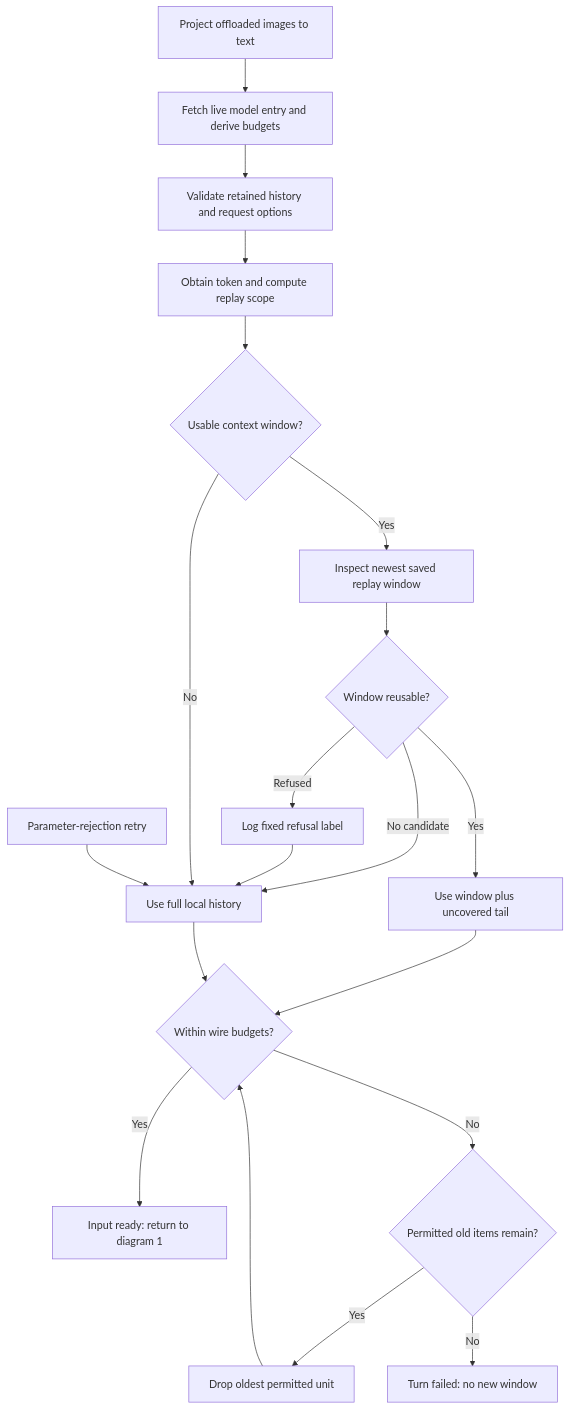
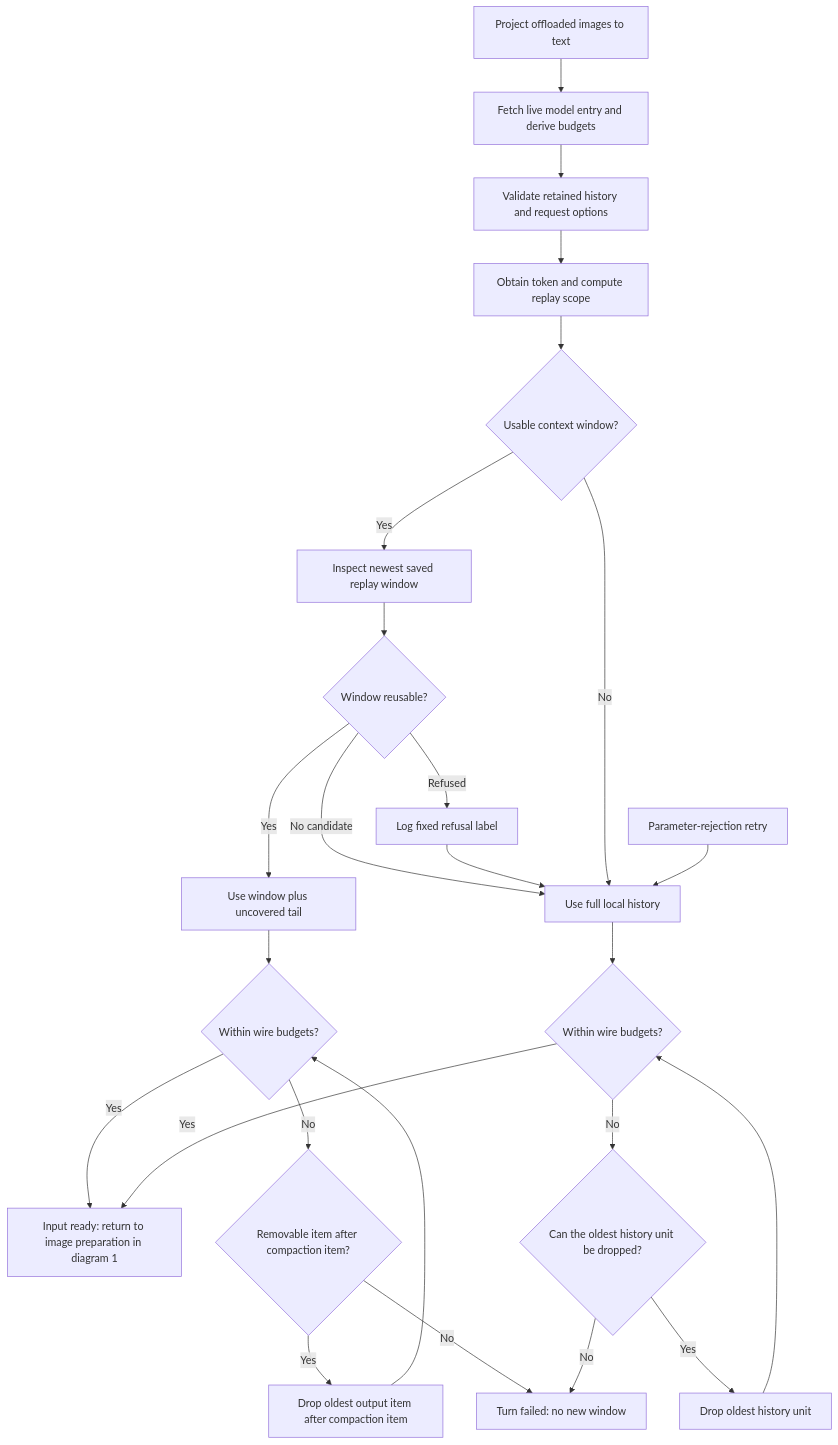
Before and after one commit to sakusaku-rich/dsh-codex-subscription-bridge: the second of 3 diagrams in docs/COMPACTION.md, drawn with Mermaid. The commit also changed other lines of this file, not shown here.

Commit message:
docs: distinguish replay and full-history trimming flows

````diff
--- a/docs/COMPACTION.md
+++ b/docs/COMPACTION.md
@@ -62,22 +63,27 @@
 ```mermaid
 flowchart TD
     Start["Project offloaded images to text"] --> Catalog["Fetch live model entry and derive budgets"]
     Catalog --> Validate["Validate retained history and request options"]
     Validate --> Scope["Obtain token and compute replay scope"]
     Scope --> Usable{"Usable context window?"}
     Usable -->|Yes| Inspect["Inspect newest saved replay window"]
     Inspect --> Reusable{"Window reusable?"}
     Reusable -->|Yes| Replay["Use window plus uncovered tail"]
     Reusable -->|No candidate| Full["Use full local history"]
     Reusable -->|Refused| Warn["Log fixed refusal label"]
     Warn --> Full
     Usable -->|No| Full
     Retry["Parameter-rejection retry"] --> Full
-    Replay --> Fits{"Within wire budgets?"}
-    Full --> Fits
-    Fits -->|Yes| Ready["Input ready: return to diagram 1"]
-    Fits -->|No| Droppable{"Permitted old items remain?"}
-    Droppable -->|Yes| Drop["Drop oldest permitted unit"]
-    Drop --> Fits
-    Droppable -->|No| Failed["Turn failed: no new window"]
+    Replay --> ReplayFits{"Within wire budgets?"}
+    ReplayFits -->|Yes| Ready["Input ready: return to image preparation in diagram 1"]
+    ReplayFits -->|No| ReplayDrop{"Removable item after compaction item?"}
+    ReplayDrop -->|Yes| DropOutput["Drop oldest output item after compaction item"]
+    DropOutput --> ReplayFits
+    ReplayDrop -->|No| Failed["Turn failed: no new window"]
+    Full --> FullFits{"Within wire budgets?"}
+    FullFits -->|Yes| Ready
+    FullFits -->|No| FullDrop{"Can the oldest history unit be dropped?"}
+    FullDrop -->|Yes| DropHistory["Drop oldest history unit"]
+    DropHistory --> FullFits
+    FullDrop -->|No| Failed
 ```
````
